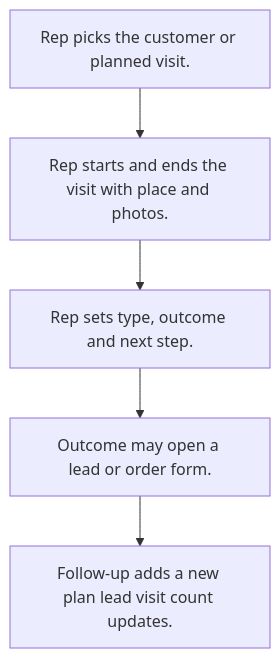
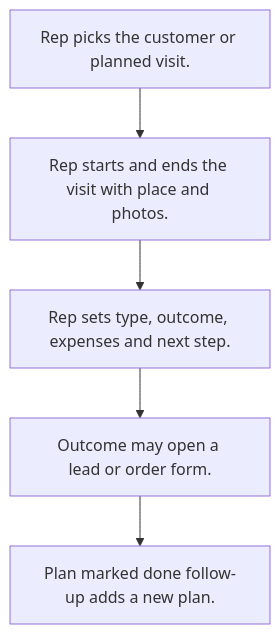
Before and after one commit to AadityaParmar/studio-agent: the diagram in neome-studio/reference/template-bank/template-modules/TMOD-field-visits.md, drawn with Mermaid. The commit also changed other lines of this file and 94 other files, not shown here.

````diff
--- a/neome-studio/reference/template-bank/template-modules/TMOD-field-visits.md
+++ b/neome-studio/reference/template-bank/template-modules/TMOD-field-visits.md
@@ -47,12 +53,12 @@
 ```mermaid
 flowchart TD
   A["Rep picks the customer or planned visit."]
   B["Rep starts and ends the visit with place and photos."]
-  C["Rep sets type, outcome and next step."]
+  C["Rep sets type, outcome, expenses and next step."]
   D["Outcome may open a lead or order form."]
-  E["Follow-up adds a new plan lead visit count updates."]
+  E["Plan marked done follow-up adds a new plan."]
   A --> B
   B --> C
   C --> D
   D --> E
 ```
````
